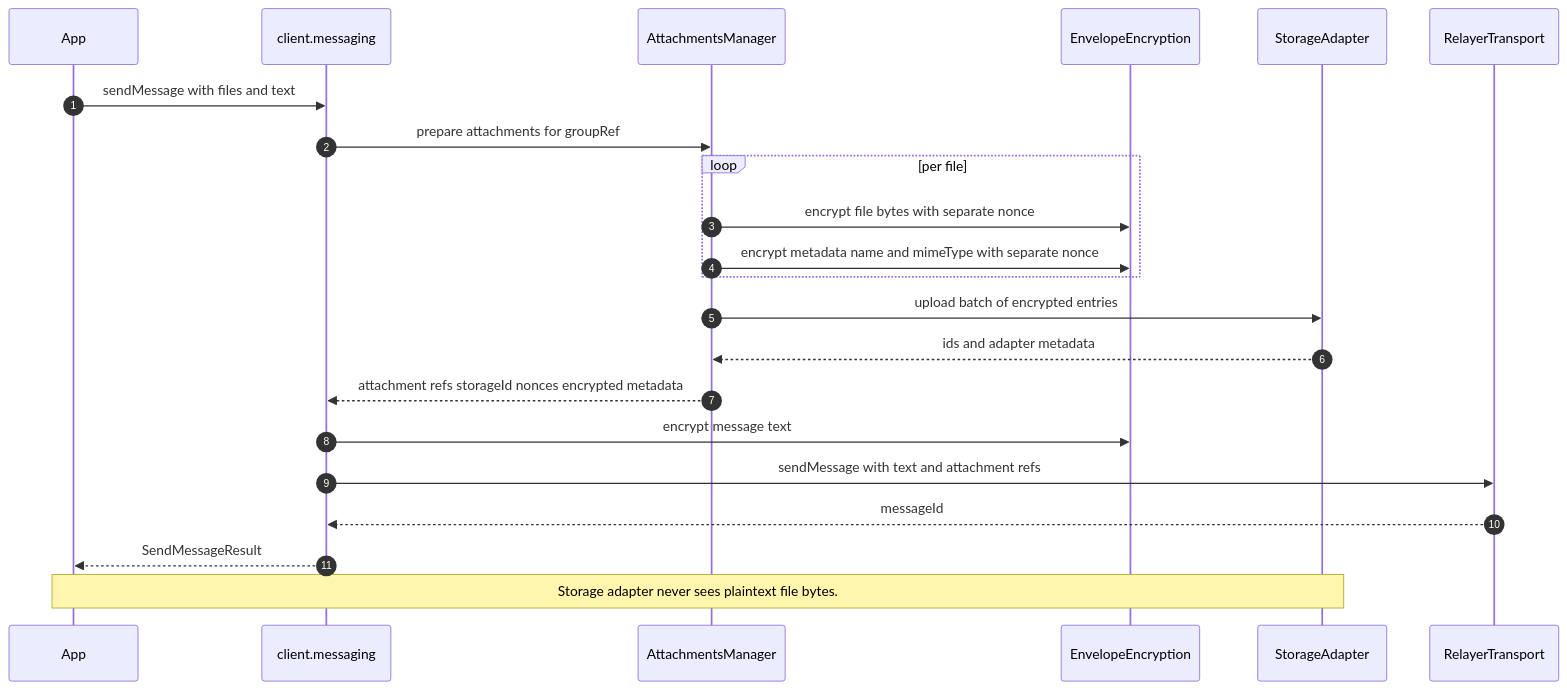
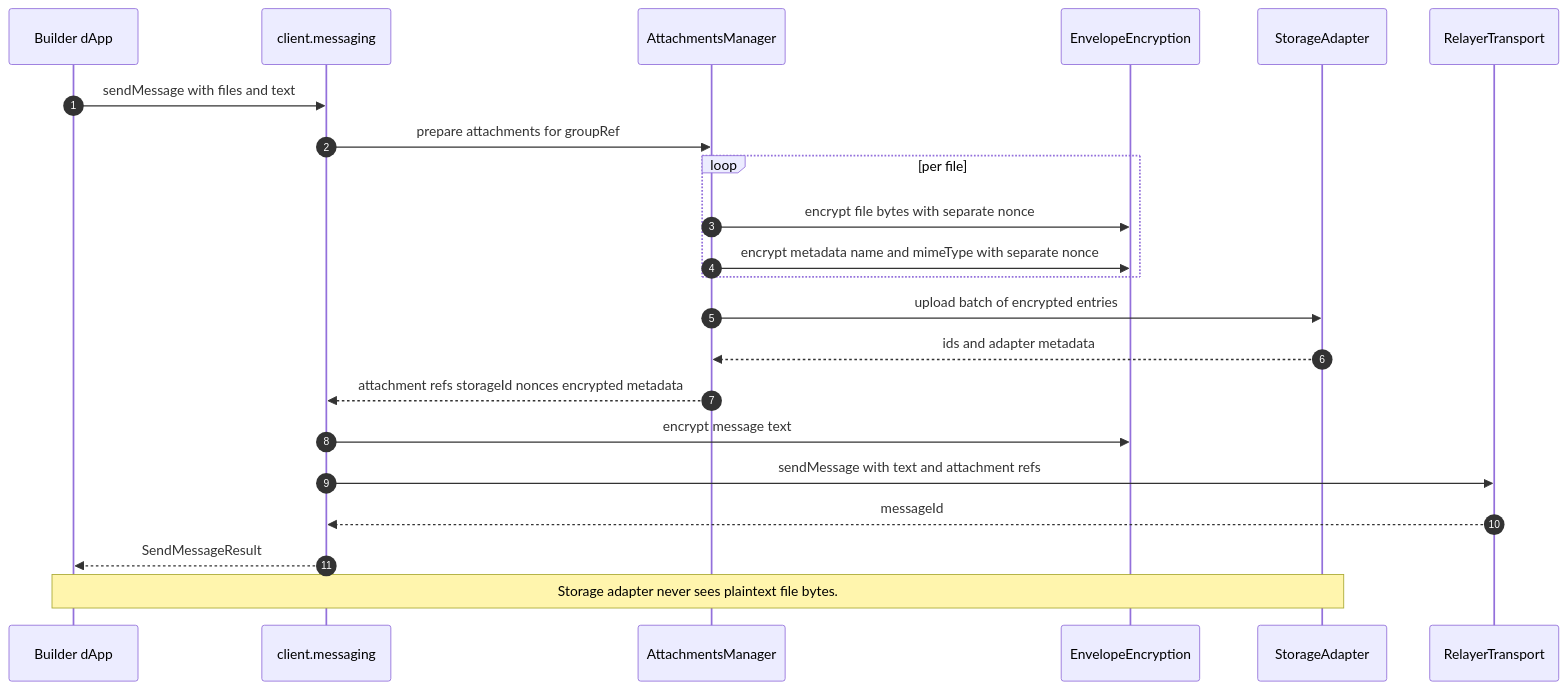
The seventh of 9 diagrams in docs/sui-stack-messaging/technical_design_docs/01_components.md (MystenLabs/sui-stack-messaging), drawn with Mermaid before and after one commit. The commit also changed other lines of this file and 1 other file, not shown here.

````diff
--- a/docs/sui-stack-messaging/technical_design_docs/01_components.md
+++ b/docs/sui-stack-messaging/technical_design_docs/01_components.md
@@ -256,25 +256,25 @@
 ```mermaid
 sequenceDiagram
     autonumber
-    participant App
+    participant App as Builder dApp
     participant SDK as client.messaging
     participant AM as AttachmentsManager
     participant Enc as EnvelopeEncryption
     participant Store as StorageAdapter
     participant Rel as RelayerTransport
 
     App->>SDK: sendMessage with files and text
     SDK->>AM: prepare attachments for groupRef
     loop per file
         AM->>Enc: encrypt file bytes with separate nonce
         AM->>Enc: encrypt metadata name and mimeType with separate nonce
     end
     AM->>Store: upload batch of encrypted entries
     Store-->>AM: ids and adapter metadata
     AM-->>SDK: attachment refs storageId nonces encrypted metadata
     SDK->>Enc: encrypt message text
     SDK->>Rel: sendMessage with text and attachment refs
     Rel-->>SDK: messageId
     SDK-->>App: SendMessageResult
     Note over App,Store: Storage adapter never sees plaintext file bytes.
 ```
````
